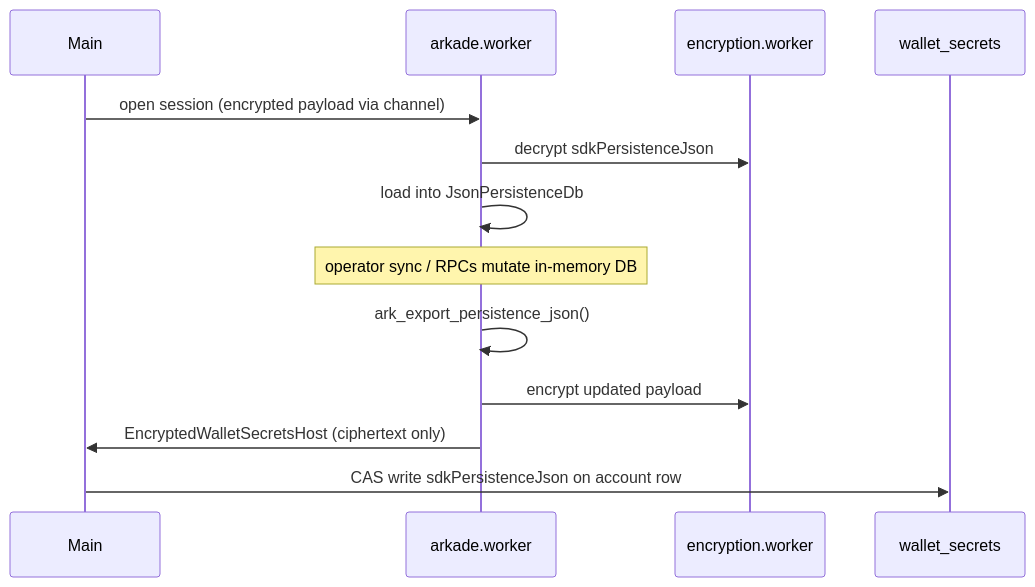
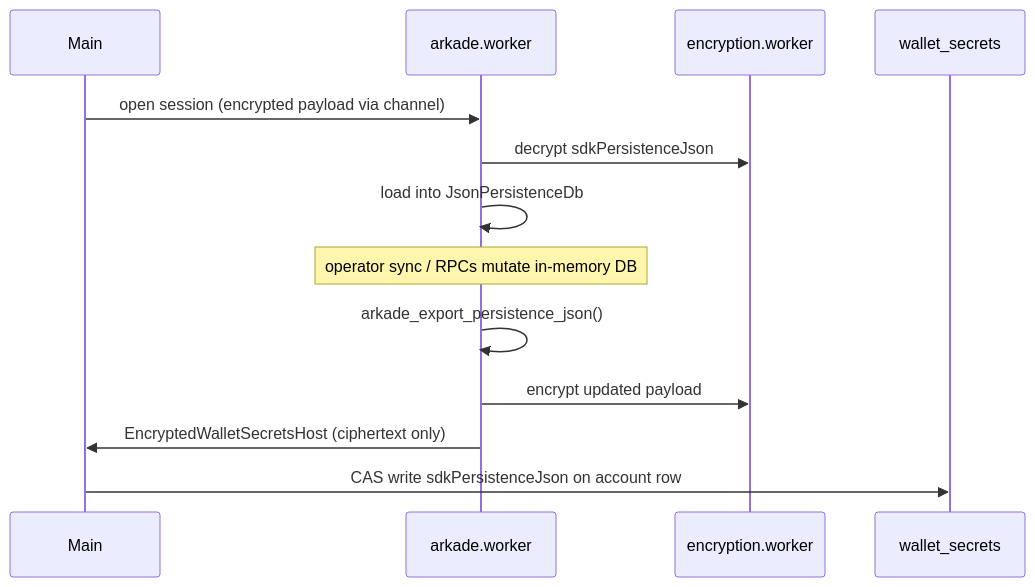
Before and after one commit to Radivis/bitboard-pwa-wallet: the diagram in docs/persistence/arkade.md, drawn with Mermaid. The commit also changed other lines of this file and 189 other files, not shown here.

Commit message:
Renamed Ark to Arkade where it actually refers to Arkade (and not Bark); some code sharing between Arkade and Bark

````diff
--- a/docs/persistence/arkade.md
+++ b/docs/persistence/arkade.md
@@ -53,18 +53,18 @@
 ```mermaid
 sequenceDiagram
   participant Main
   participant AW as arkade.worker
   participant EW as encryption.worker
   participant DB as wallet_secrets
 
   Main->>AW: open session (encrypted payload via channel)
   AW->>EW: decrypt sdkPersistenceJson
   AW->>AW: load into JsonPersistenceDb
 
   Note over AW: operator sync / RPCs mutate in-memory DB
 
-  AW->>AW: ark_export_persistence_json()
+  AW->>AW: arkade_export_persistence_json()
   AW->>EW: encrypt updated payload
   AW->>Main: EncryptedWalletSecretsHost (ciphertext only)
   Main->>DB: CAS write sdkPersistenceJson on account row
 ```
````
